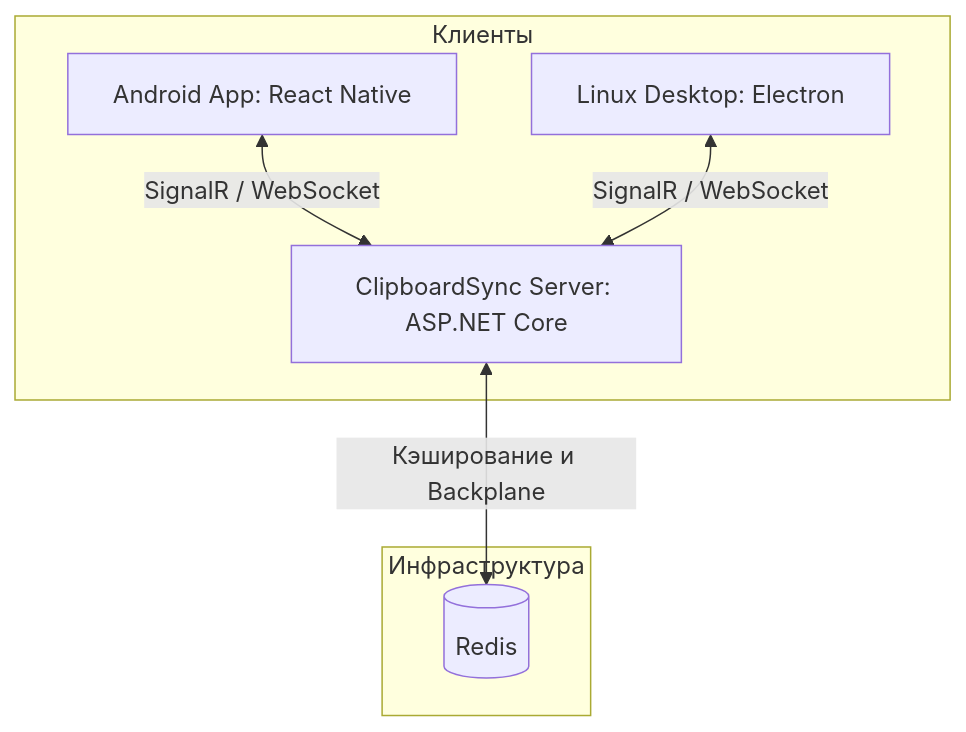
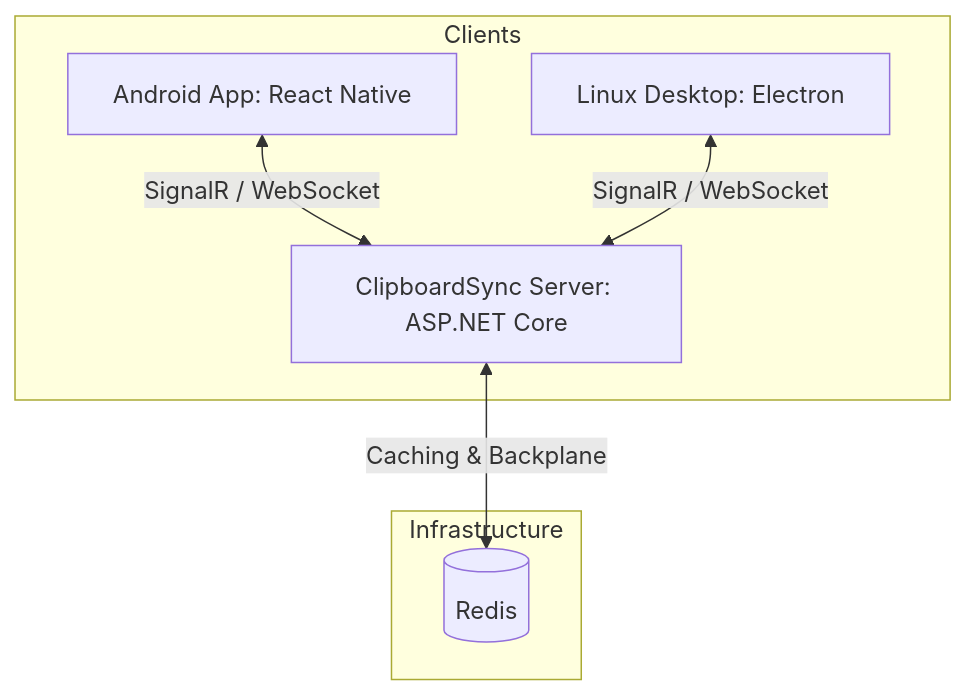
Before and after one commit to Odinson137/ClipboardSync: the diagram in README.md, drawn with Mermaid. The commit also changed other lines of this file, not shown here.

````diff
--- a/README.md
+++ b/README.md
@@ -13,10 +13,10 @@
 ```mermaid
 graph TD
-    subgraph Клиенты
+    subgraph Clients
         Android[Android App: React Native] <-->|SignalR / WebSocket| Server[ClipboardSync Server: ASP.NET Core]
         Linux[Linux Desktop: Electron] <-->|SignalR / WebSocket| Server
     end
-    subgraph Инфраструктура
-        Server <-->|Кэширование и Backplane| Redis[(Redis)]
+    subgraph Infrastructure
+        Server <-->|Caching & Backplane| Redis[(Redis)]
     end
 ```
````
